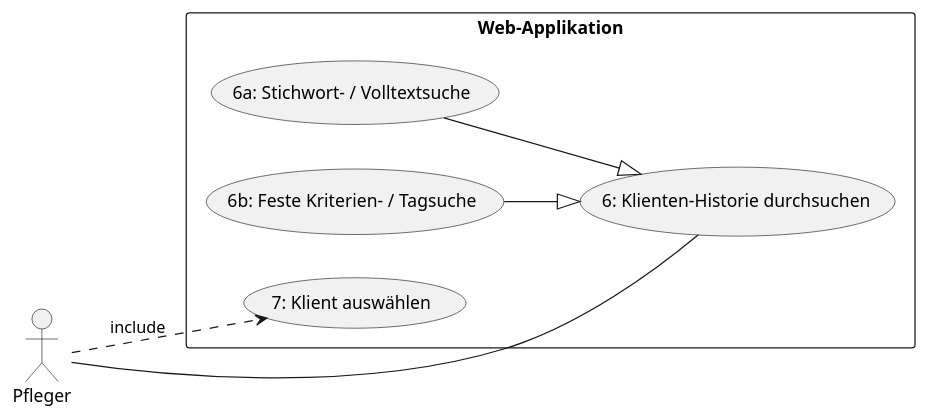
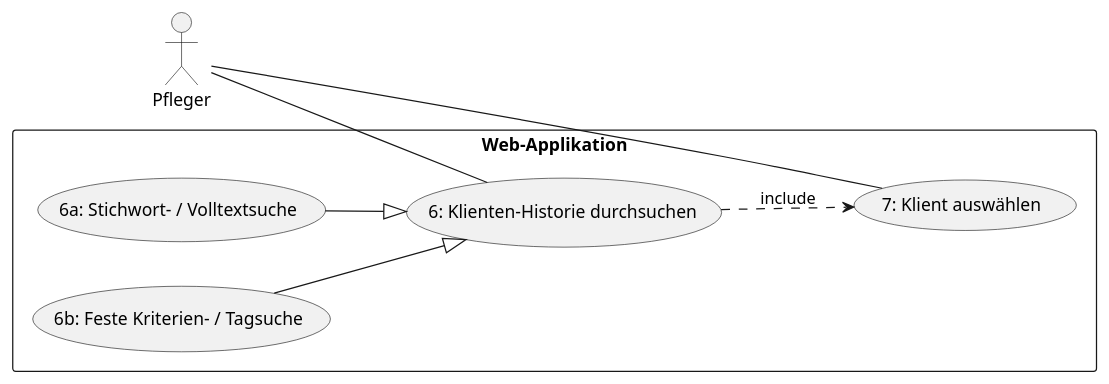
Before and after one commit to moera1/ch.bfh.bti7081.s2020.green: the diagram in doc/task02/usecases/ProtokolleSuchen.puml, drawn with PlantUML.

Commit message:
fix: Updated Protokoll Suche UML

```diff
--- a/doc/task02/usecases/ProtokolleSuchen.puml
+++ b/doc/task02/usecases/ProtokolleSuchen.puml
@@ -1,11 +1,12 @@
 @startuml
 left to right direction
 skinparam packageStyle rectangle
 actor Pfleger
 rectangle Web-Applikation {
- Pfleger - (6: Klienten-Historie durchsuchen)
+ Pfleger -- (6: Klienten-Historie durchsuchen)
+ Pfleger -- (7: Klient auswählen) 
  (6a: Stichwort- / Volltextsuche) --|> (6: Klienten-Historie durchsuchen)
  (6b: Feste Kriterien- / Tagsuche) --|> (6: Klienten-Historie durchsuchen)
- Pfleger .-> (7: Klient auswählen) : include
+ (6: Klienten-Historie durchsuchen) .-> (7: Klient auswählen) : include
 }
 @enduml
```
